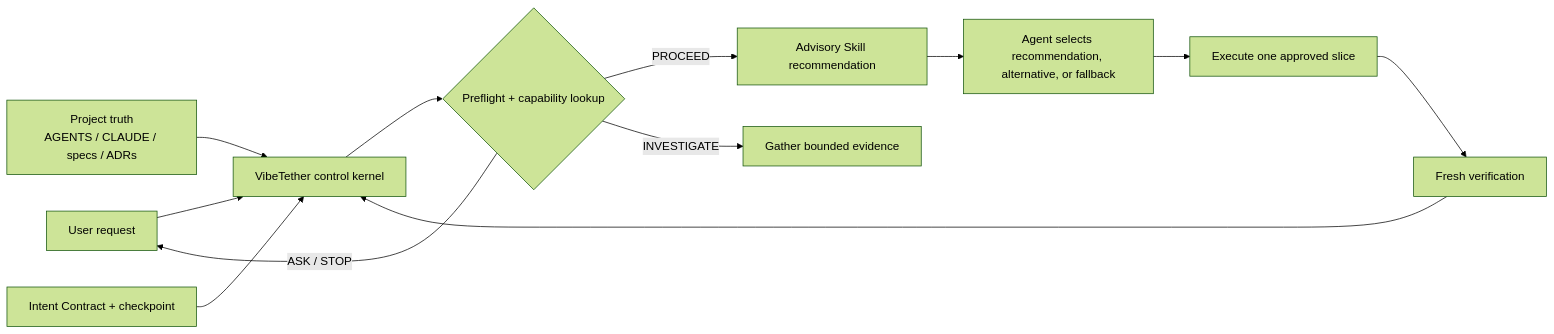
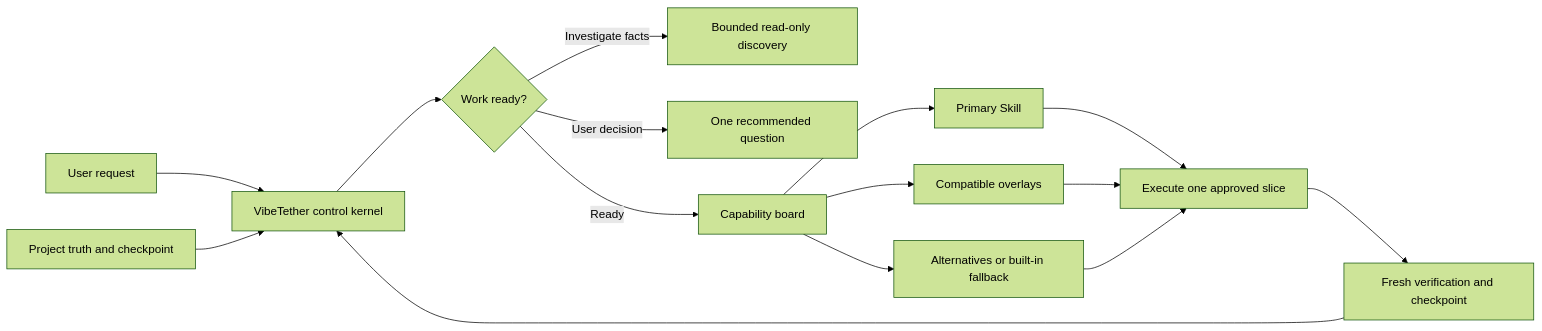
Before and after one commit to t01089572455/vibetether: the first of 2 diagrams in README.md, drawn with Mermaid (forest theme). The commit also changed other lines of this file and 5 other files, not shown here.

````diff
--- a/README.md
+++ b/README.md
@@ -67,14 +78,17 @@
 ```mermaid
 flowchart LR
     U["User request"] --> K["VibeTether control kernel"]
-    P["Project truth\nAGENTS / CLAUDE / specs / ADRs"] --> K
-    C["Intent Contract + checkpoint"] --> K
-    K --> G{"Preflight + capability lookup"}
-    G -->|"PROCEED"| R["Advisory Skill recommendation"]
-    G -->|"INVESTIGATE"| I["Gather bounded evidence"]
-    G -->|"ASK / STOP"| U
-    R --> A["Agent selects recommendation, alternative, or fallback"]
-    A --> E["Execute one approved slice"]
-    E --> V["Fresh verification"]
+    T["Project truth and checkpoint"] --> K
+    K --> W{"Work ready?"}
+    W -->|"Investigate facts"| F["Bounded read-only discovery"]
+    W -->|"User decision"| Q["One recommended question"]
+    W -->|"Ready"| R["Capability board"]
+    R --> P["Primary Skill"]
+    R --> O["Compatible overlays"]
+    R --> A["Alternatives or built-in fallback"]
+    P --> E["Execute one approved slice"]
+    O --> E
+    A --> E
+    E --> V["Fresh verification and checkpoint"]
     V --> K
 ```
````
